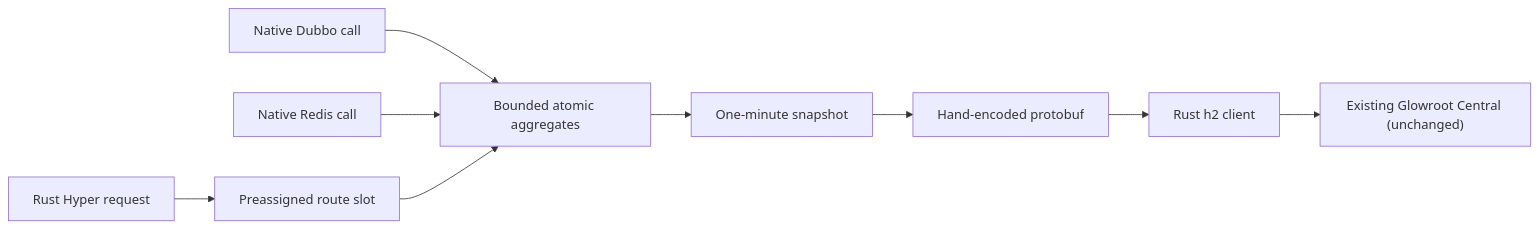
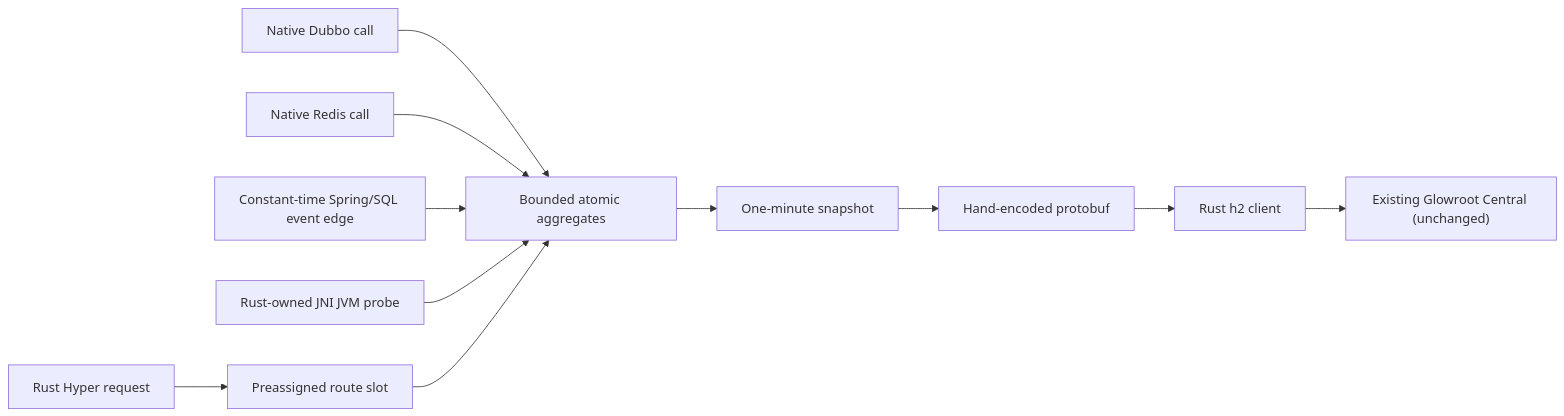
The diagram in docs/ARCHITECTURE.md (esasmer-dou/java-rust-glowroot-agent), drawn with Mermaid before and after one commit. The commit also changed other lines of this file and 36 other files, not shown here.

````diff
--- a/docs/ARCHITECTURE.md
+++ b/docs/ARCHITECTURE.md
@@ -22,11 +22,13 @@
 ```mermaid
 flowchart LR
     A["Rust Hyper request"] --> B["Preassigned route slot"]
     D["Native Dubbo call"] --> M["Bounded atomic aggregates"]
     R["Native Redis call"] --> M
+    J["Constant-time Spring/SQL event edge"] --> M
+    V["Rust-owned JNI JVM probe"] --> M
     B --> M
     M --> S["One-minute snapshot"]
     S --> P["Hand-encoded protobuf"]
     P --> H["Rust h2 client"]
     H --> C["Existing Glowroot Central (unchanged)"]
 ```
````
